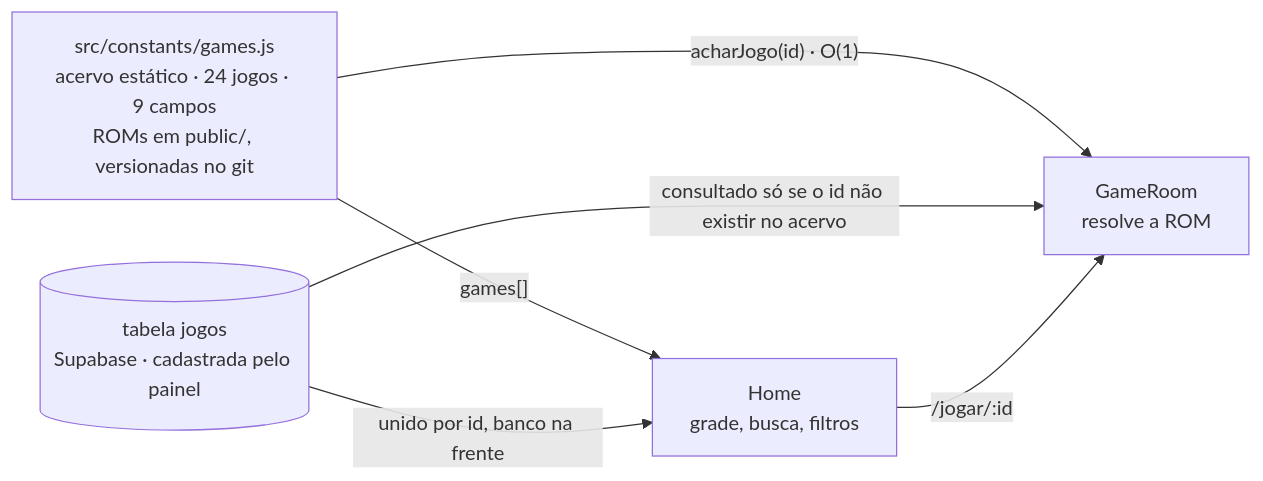
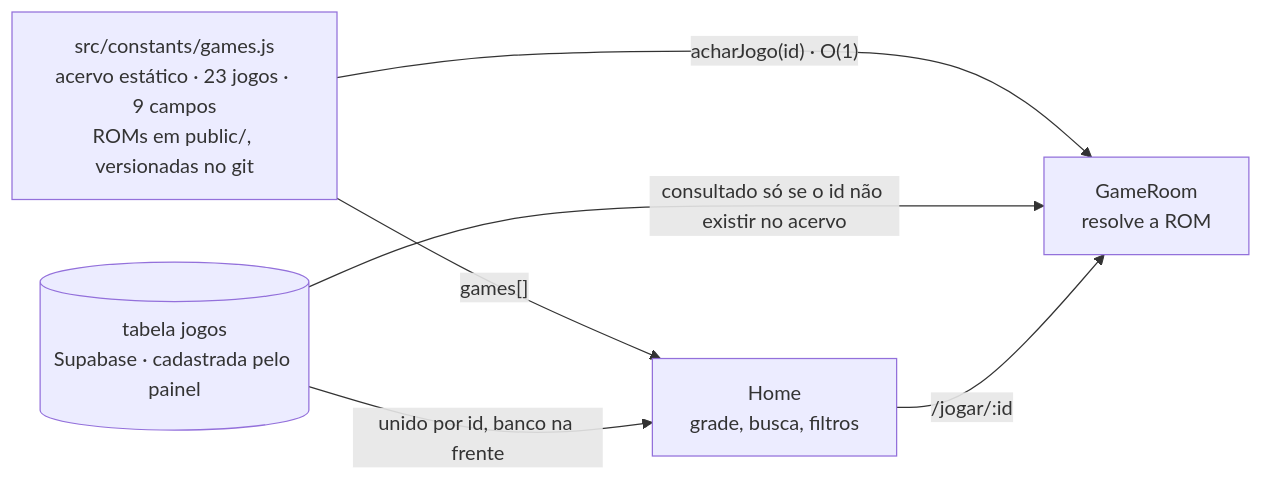
One commit to Assopra-fita/Sopra-Fitas changed the first of 5 diagrams in docs/CATALOGO-DE-JOGOS.md. Above: the diagram before and after it, drawn with Mermaid. The commit also changed other lines of this file and 3 other files, not shown here.

````diff
--- a/docs/CATALOGO-DE-JOGOS.md
+++ b/docs/CATALOGO-DE-JOGOS.md
@@ -18,13 +18,13 @@
 ```mermaid
 flowchart LR
-    EST["src/constants/games.js<br/>acervo estático · 24 jogos · 9 campos<br/>ROMs em public/, versionadas no git"]
+    EST["src/constants/games.js<br/>acervo estático · 23 jogos · 9 campos<br/>ROMs em public/, versionadas no git"]
     SUP[("tabela jogos<br/>Supabase · cadastrada pelo painel")]
 
     EST -->|"games[]"| HOME["Home<br/>grade, busca, filtros"]
     SUP -->|"unido por id, banco na frente"| HOME
 
     EST -->|"acharJogo(id) · O(1)"| GAME["GameRoom<br/>resolve a ROM"]
     SUP -->|"consultado só se o id não existir no acervo"| GAME
 
     HOME -->|"/jogar/:id"| GAME
 ```
````
